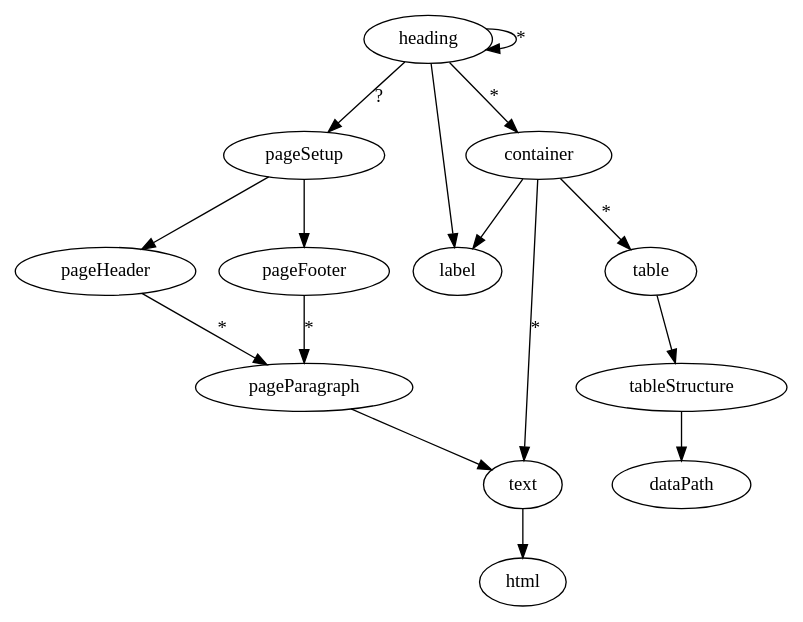
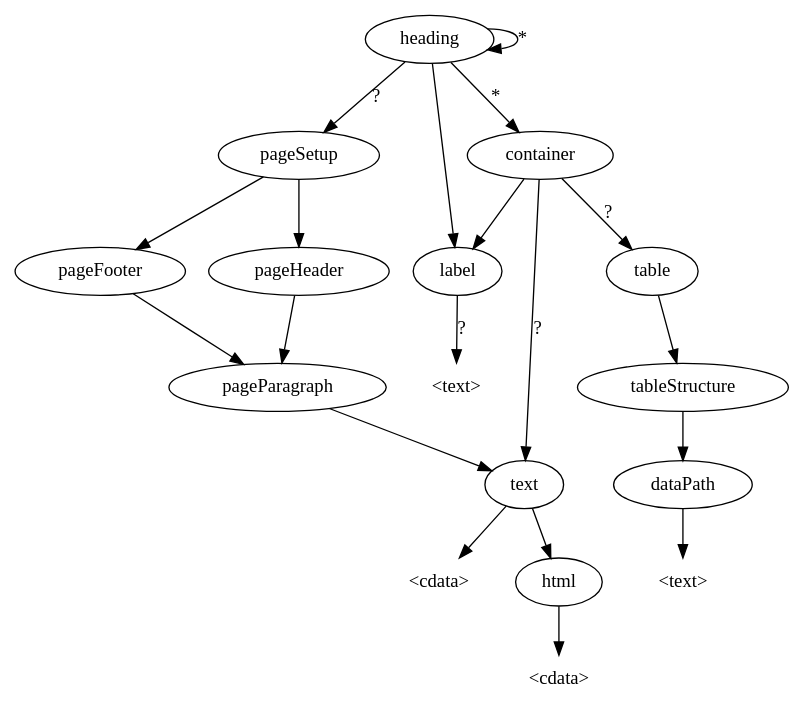
Before and after one commit to lemenkov/pspp: the diagram in doc/dev/spv-structure.gv, drawn with Graphviz. The commit also changed 3 other files, not shown here.

```diff
--- a/doc/dev/spv-structure.gv
+++ b/doc/dev/spv-structure.gv
@@ -1,25 +1,37 @@
 digraph spv_structure {
    "heading" -> "pageSetup" [label="?"];
    "heading" -> "label";
    "heading" -> "container" [label="*"];
    "heading" -> "heading" [label="*"];
 
    "container" -> "label";
-   "container" -> "table" [label="*"];
-   "container" -> "text" [label="*"];
+   "container" -> "table" [label="?"];
+   "container" -> "text" [label="?"];
+
+   "label" -> ptext1 [label="?"];
+   ptext1 [label="<text>", shape=plaintext];
 
    "text" -> "html";
+
+   "text" -> cdata1;
+   cdata1 [label="<cdata>", shape=plaintext];
+
+   "html" -> cdata2;
+   cdata2 [label="<cdata>", shape=plaintext];
 
    "table" -> "tableStructure";
 
    "tableStructure" -> "dataPath";
 
+   "dataPath" -> ptext2;
+   ptext2 [label="<text>", shape=plaintext];
+
    "pageSetup" -> "pageHeader";
    "pageSetup" -> "pageFooter";
 
-   "pageHeader" -> "pageParagraph" [label="*"];
+   "pageHeader" -> "pageParagraph";
 
-   "pageFooter" -> "pageParagraph" [label="*"];
+   "pageFooter" -> "pageParagraph";
 
    "pageParagraph" -> "text";
 }
```
